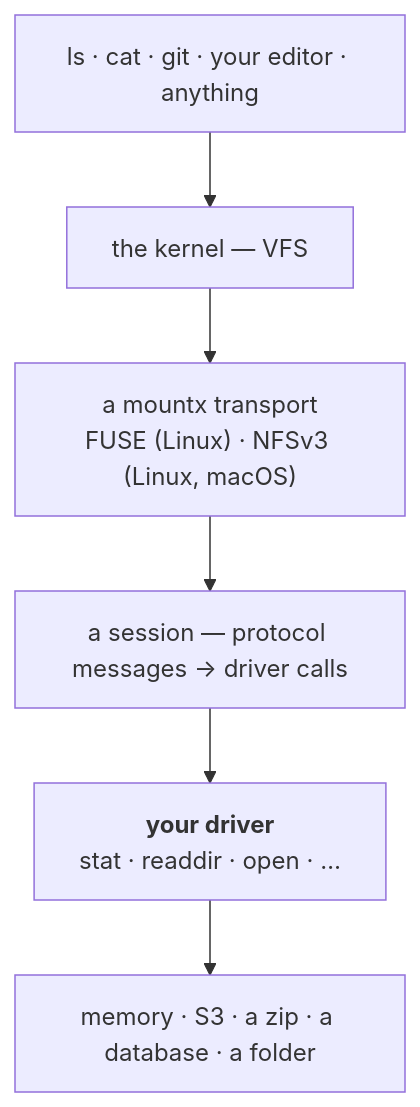
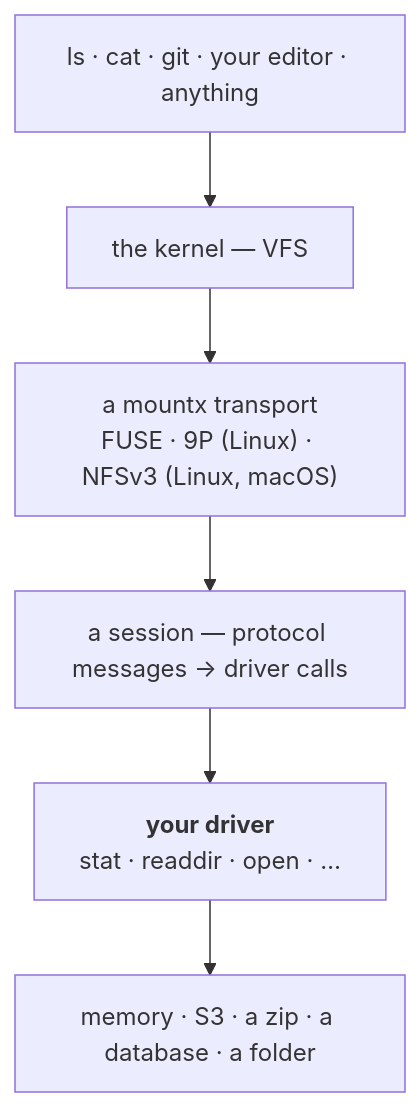
Before and after one commit to pithings/mountx: the diagram in docs/1.guide/0.index.md, drawn with Mermaid. The commit also changed other lines of this file and 18 other files, not shown here.

First line of the commit message:
docs: the 9P transport — site pages, AGENTS.md map, roadmap

````diff
--- a/docs/1.guide/0.index.md
+++ b/docs/1.guide/0.index.md
@@ -36,14 +36,14 @@
 ```mermaid
 graph TB
   progs["ls · cat · git · your editor · anything"]
   kernel["the kernel — VFS"]
-  transport["a mountx transport<br/>FUSE (Linux) · NFSv3 (Linux, macOS)"]
+  transport["a mountx transport<br/>FUSE · 9P (Linux) · NFSv3 (Linux, macOS)"]
   session["a session — protocol messages → driver calls"]
   driver["<b>your driver</b><br/>stat · readdir · open · …"]
   store["memory · S3 · a zip · a database · a folder"]
   progs --> kernel
   kernel --> transport
   transport --> session
   session --> driver
   driver --> store
 ```
````
